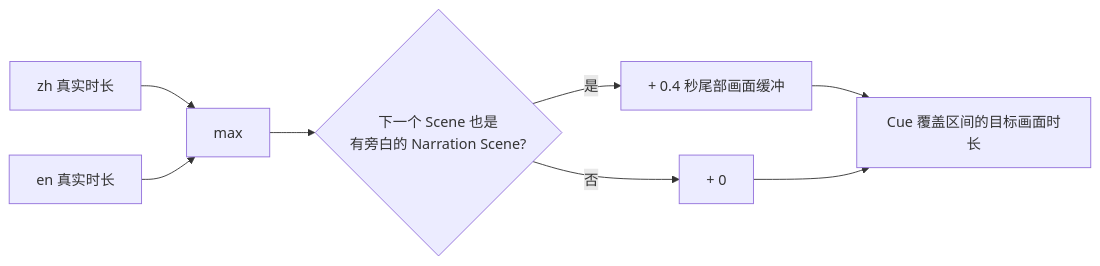
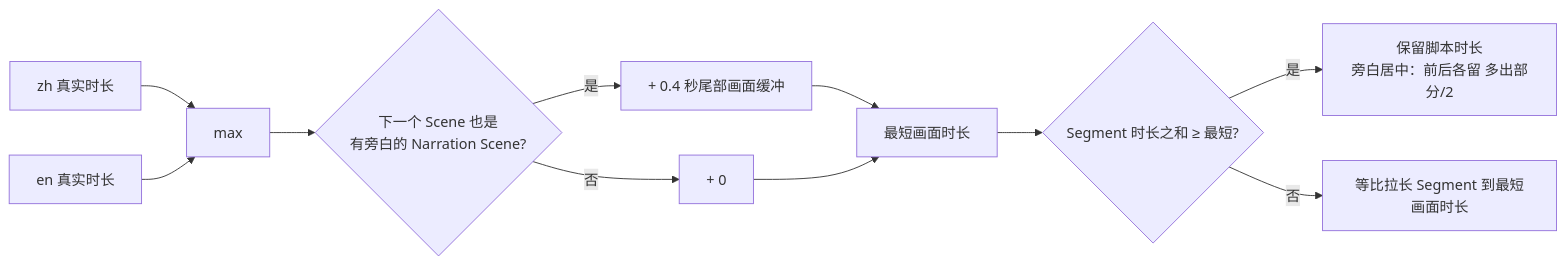
The second of 10 diagrams in docs/data-flow.md (LJXLJXLJX/StoryRail), drawn with Mermaid before and after one commit. The commit also changed other lines of this file and 14 other files, not shown here.

````diff
--- a/docs/data-flow.md
+++ b/docs/data-flow.md
@@ -47,9 +47,12 @@
 ```mermaid
 flowchart LR
     a[zh 真实时长] --> m[max]
     b[en 真实时长] --> m
     m --> t{下一个 Scene 也是<br/>有旁白的 Narration Scene?}
     t -- 是 --> plus[+ 0.4 秒尾部画面缓冲]
     t -- 否 --> zero[+ 0]
-    plus & zero --> target[Cue 覆盖区间的目标画面时长]
+    plus & zero --> minimum[最短画面时长]
+    minimum --> cmp{Segment 时长之和 ≥ 最短?}
+    cmp -- 是 --> keep[保留脚本时长<br/>旁白居中：前后各留 多出部分/2]
+    cmp -- 否 --> stretch[等比拉长 Segment 到最短画面时长]
 ```
````
